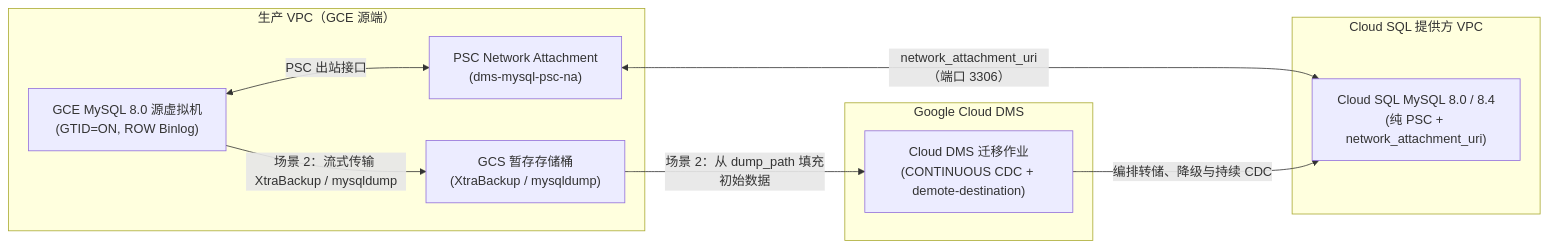
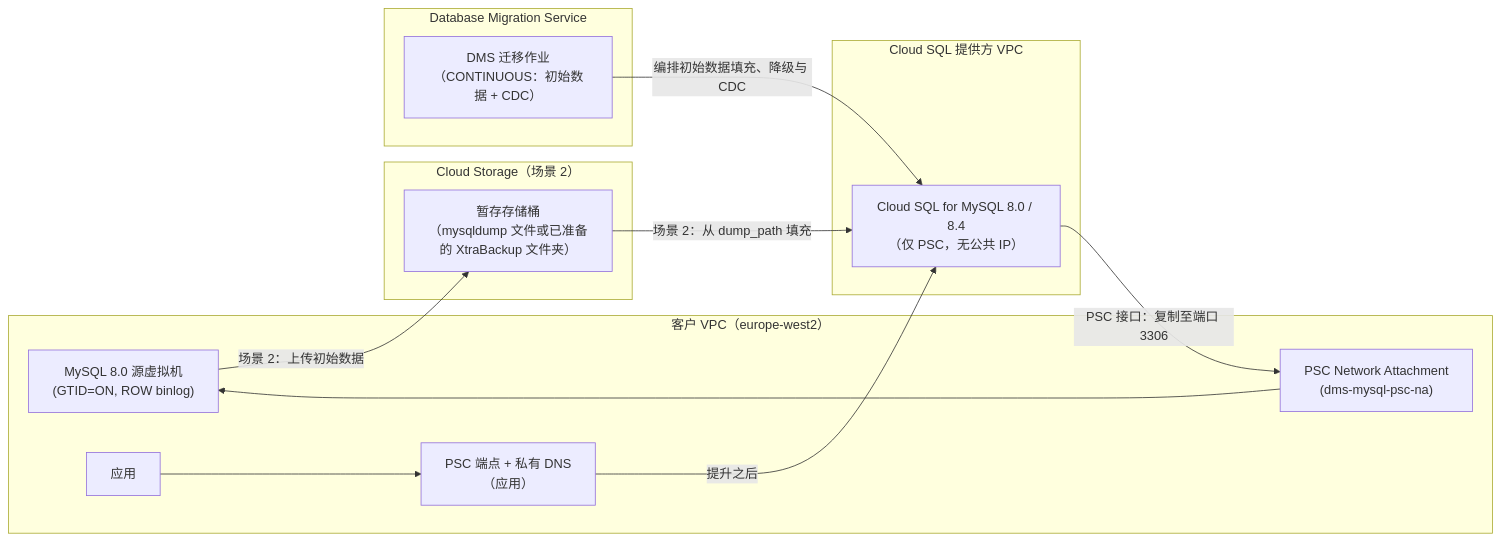
One commit to kkmbryan/cloud-dms-templates changed the diagram in README.zh-CN.md. Above: the diagram before and after it, drawn with Mermaid. The commit also changed other lines of this file and 51 other files, not shown here.

First line of the commit message:
fix: Scenario 2 support matrix, XtraBackup folder seed, bucket IAM, PSC endpoint and native DMS profiles (#4)

````diff
--- a/README.zh-CN.md
+++ b/README.zh-CN.md
@@ -18,22 +21,29 @@
 ```mermaid
 flowchart LR
-  subgraph GCE_VPC["生产 VPC（GCE 源端）"]
-    GCE["GCE MySQL 8.0 源虚拟机<br/>(GTID=ON, ROW Binlog)"]
+  subgraph APP_VPC["客户 VPC（europe-west2）"]
+    GCE["MySQL 8.0 源虚拟机<br/>(GTID=ON, ROW binlog)"]
     NA["PSC Network Attachment<br/>(dms-mysql-psc-na)"]
-    GCS["GCS 暂存存储桶<br/>(XtraBackup / mysqldump)"]
+    EP["PSC 端点 + 私有 DNS<br/>（应用）"]
+    APP["应用"]
   end
 
-  subgraph DMS_Control["Google Cloud DMS"]
-    JOB["Cloud DMS 迁移作业<br/>(CONTINUOUS CDC + demote-destination)"]
+  subgraph GCS_STAGE["Cloud Storage（场景 2）"]
+    GCS["暂存存储桶<br/>（mysqldump 文件或已准备的 XtraBackup 文件夹）"]
   end
 
-  subgraph CSQL_VPC["Cloud SQL 提供方 VPC"]
-    CSQL["Cloud SQL MySQL 8.0 / 8.4<br/>(纯 PSC + network_attachment_uri)"]
+  subgraph DMS_CONTROL["Database Migration Service"]
+    JOB["DMS 迁移作业<br/>（CONTINUOUS：初始数据 + CDC）"]
   end
 
-  GCE <-->|"PSC 出站接口"| NA
-  GCE -->|"场景 2：流式传输 XtraBackup / mysqldump"| GCS
-  GCS -->|"场景 2：从 dump_path 填充初始数据"| JOB
-  NA <-->|"network_attachment_uri（端口 3306）"| CSQL
-  JOB -->|"编排转储、降级与持续 CDC"| CSQL
+  subgraph CSQL_PRODUCER["Cloud SQL 提供方 VPC"]
+    CSQL["Cloud SQL for MySQL 8.0 / 8.4<br/>（仅 PSC，无公共 IP）"]
+  end
+
+  CSQL -->|"PSC 接口：复制至端口 3306"| NA
+  NA --> GCE
+  GCE -->|"场景 2：上传初始数据"| GCS
+  GCS -->|"场景 2：从 dump_path 填充"| CSQL
+  JOB -->|"编排初始数据填充、降级与 CDC"| CSQL
+  APP --> EP
+  EP -->|"提升之后"| CSQL
 ```
````
